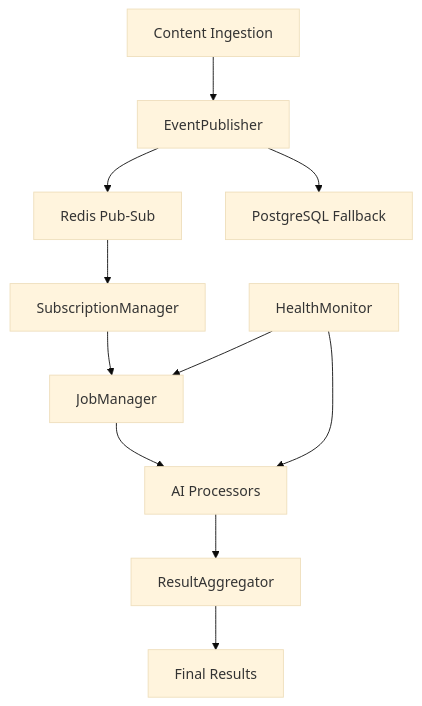
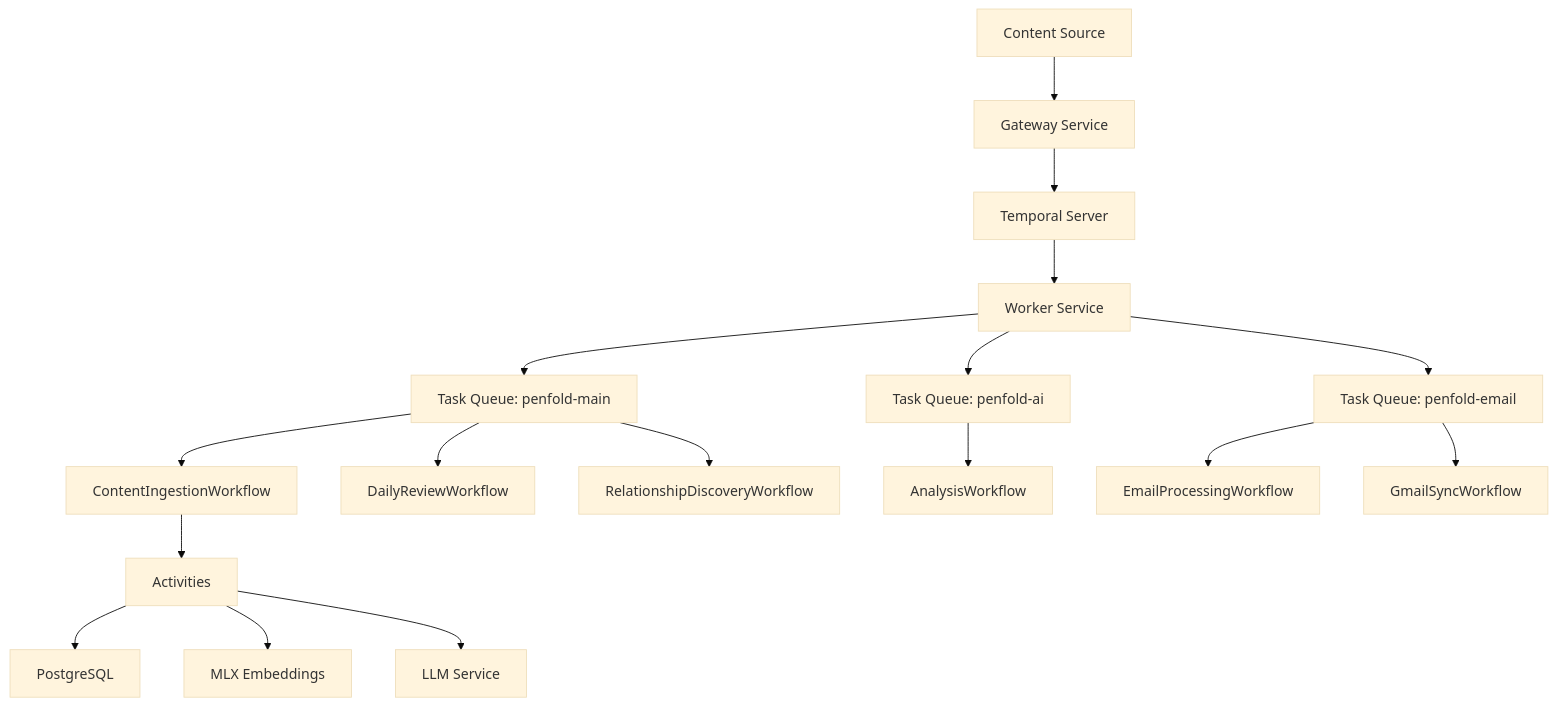
One commit to otherjamesbrown/penfold changed the diagram in docs/event-processing/README.md. Above: the diagram before and after it, drawn with Mermaid (base theme). The commit also changed other lines of this file, not shown here.

First line of the commit message:
docs: Update event-processing README to Go/Temporal patterns [pe-ja15]

````diff
--- a/docs/event-processing/README.md
+++ b/docs/event-processing/README.md
@@ -29,14 +29,23 @@
 ```mermaid
 graph TB
-    A[Content Ingestion] --> B[EventPublisher]
-    B --> C[Redis Pub-Sub]
-    B --> D[PostgreSQL Fallback]
-    C --> E[SubscriptionManager]
-    E --> F[JobManager]
-    F --> G[AI Processors]
-    G --> H[ResultAggregator]
-    H --> I[Final Results]
+    A[Content Source] --> B[Gateway Service]
+    B --> C[Temporal Server]
+    C --> D[Worker Service]
+    D --> E[Task Queue: penfold-main]
+    D --> F[Task Queue: penfold-ai]
+    D --> G[Task Queue: penfold-email]
 
-    J[HealthMonitor] --> F
-    J --> G
+    E --> H[ContentIngestionWorkflow]
+    E --> I[DailyReviewWorkflow]
+    E --> J[RelationshipDiscoveryWorkflow]
+
+    F --> K[AnalysisWorkflow]
+
+    G --> L[EmailProcessingWorkflow]
+    G --> M[GmailSyncWorkflow]
+
+    H --> N[Activities]
+    N --> O[PostgreSQL]
+    N --> P[MLX Embeddings]
+    N --> Q[LLM Service]
 ```
````
